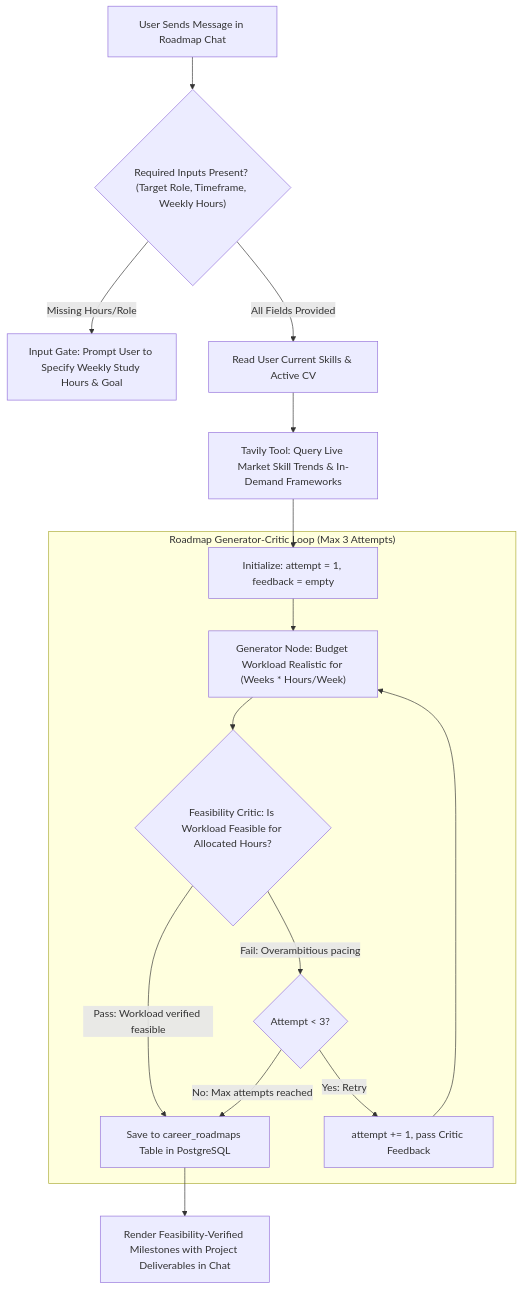
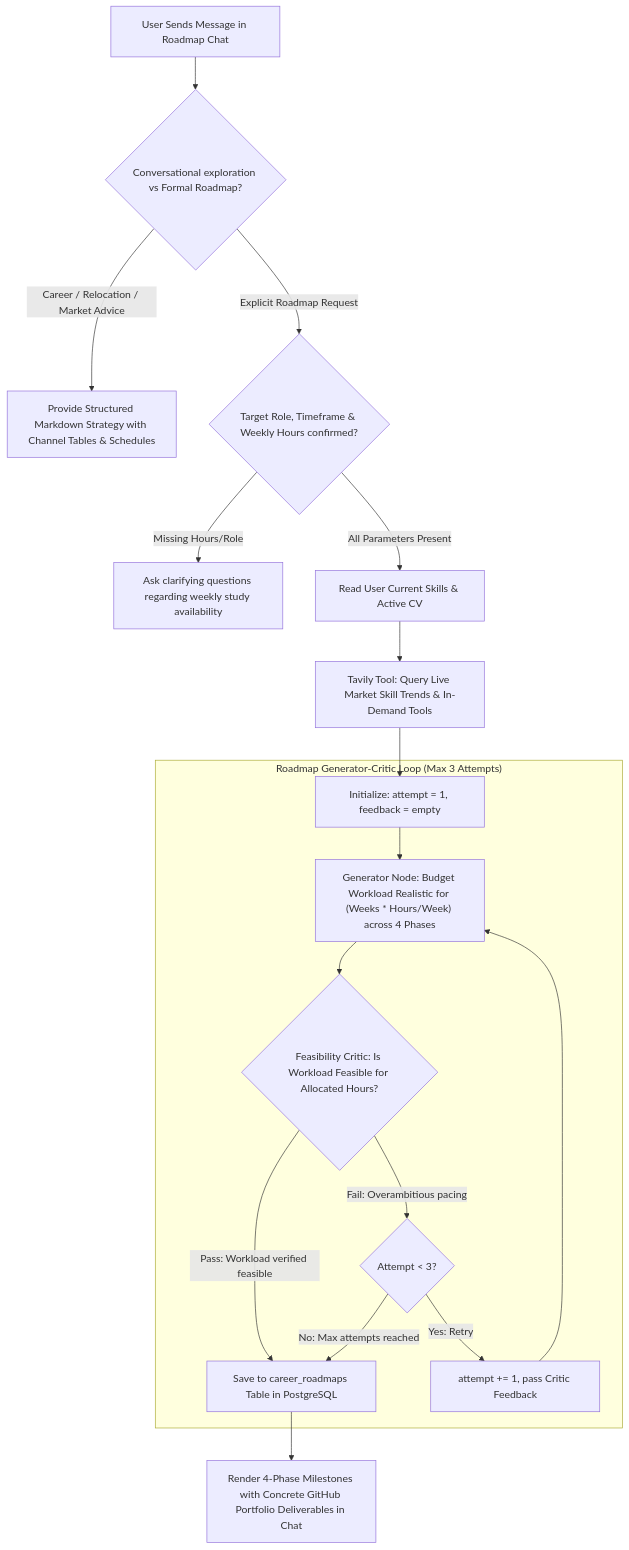
The eighth of 8 diagrams in docs/architecture_flowcharts.md (Mostafa710/career-copilot), drawn with Mermaid before and after one commit. The commit also changed other lines of this file and 2 other files, not shown here.

````diff
--- a/docs/architecture_flowcharts.md
+++ b/docs/architecture_flowcharts.md
@@ -222,24 +231,26 @@
 ```mermaid
 flowchart TD
-    UserReq["User Sends Message in Roadmap Chat"] --> CheckInputs{"Required Inputs Present? (Target Role, Timeframe, Weekly Hours)"}
+    UserReq["User Sends Message in Roadmap Chat"] --> CheckIntent{"Conversational exploration vs Formal Roadmap?"}
     
-    CheckInputs -->|Missing Hours/Role| PromptUser["Input Gate: Prompt User to Specify Weekly Study Hours & Goal"]
+    CheckIntent -->|Career / Relocation / Market Advice| CoachMode["Provide Structured Markdown Strategy with Channel Tables & Schedules"]
+    CheckIntent -->|Explicit Roadmap Request| CheckInputs{"Target Role, Timeframe & Weekly Hours confirmed?"}
     
-    CheckInputs -->|All Fields Provided| LoadProfile["Read User Current Skills & Active CV"]
+    CheckInputs -->|Missing Hours/Role| PromptUser["Ask clarifying questions regarding weekly study availability"]
+    CheckInputs -->|All Parameters Present| LoadProfile["Read User Current Skills & Active CV"]
     
-    LoadProfile --> SearchTrends["Tavily Tool: Query Live Market Skill Trends & In-Demand Frameworks"]
+    LoadProfile --> SearchTrends["Tavily Tool: Query Live Market Skill Trends & In-Demand Tools"]
     SearchTrends --> InitRoadmapAttempt["Initialize: attempt = 1, feedback = empty"]
     
     subgraph FeasibilityCriticLoop ["Roadmap Generator-Critic Loop (Max 3 Attempts)"]
-        InitRoadmapAttempt --> GenRoadmap["Generator Node: Budget Workload Realistic for (Weeks * Hours/Week)"]
+        InitRoadmapAttempt --> GenRoadmap["Generator Node: Budget Workload Realistic for (Weeks * Hours/Week) across 4 Phases"]
         GenRoadmap --> FeasibilityCritic{"Feasibility Critic: Is Workload Feasible for Allocated Hours?"}
         
         FeasibilityCritic -->|Pass: Workload verified feasible| SaveRoadmap["Save to career_roadmaps Table in PostgreSQL"]
         FeasibilityCritic -->|Fail: Overambitious pacing| CheckRoadmapAttempts{"Attempt < 3?"}
         
         CheckRoadmapAttempts -->|Yes: Retry| IncrementRoadmap["attempt += 1, pass Critic Feedback"] --> GenRoadmap
         CheckRoadmapAttempts -->|No: Max attempts reached| SaveRoadmap
     end
     
-    SaveRoadmap --> RenderRoadmap["Render Feasibility-Verified Milestones with Project Deliverables in Chat"]
+    SaveRoadmap --> RenderRoadmap["Render 4-Phase Milestones with Concrete GitHub Portfolio Deliverables in Chat"]
 ```
````
